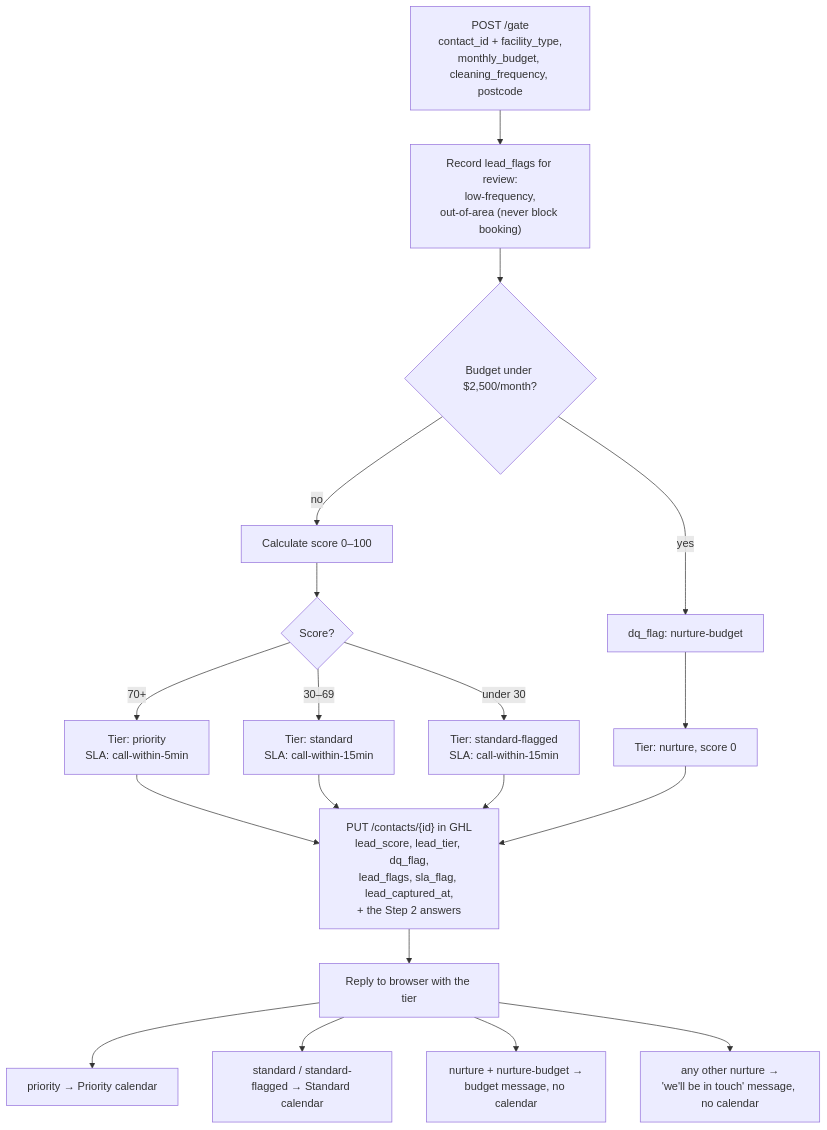
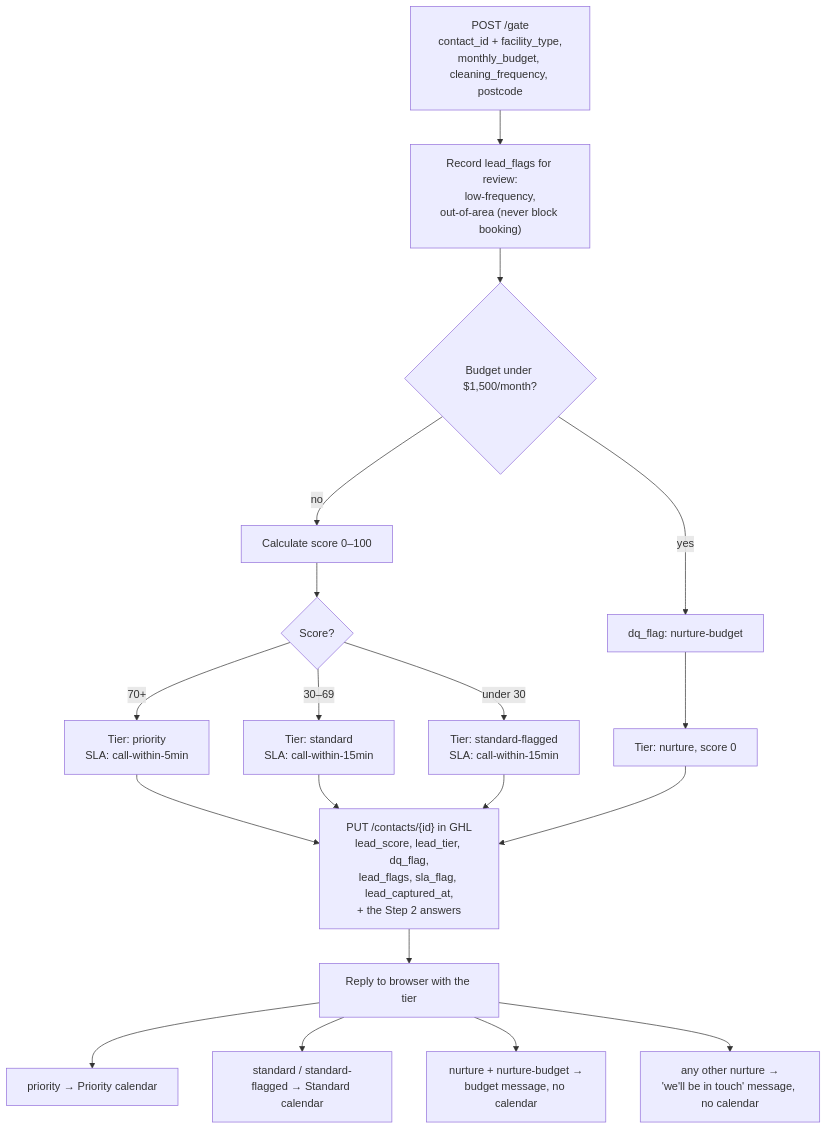
The fifth of 11 diagrams in docs/WORKER.md (VantagePointFacilityServices/vpfs-website), drawn with Mermaid before and after one commit. The commit also changed other lines of this file and 8 other files, not shown here.

````diff
--- a/docs/WORKER.md
+++ b/docs/WORKER.md
@@ -322,22 +322,22 @@
 ```mermaid
 flowchart TD
     IN["POST /gate<br/>contact_id + facility_type,<br/>monthly_budget, cleaning_frequency, postcode"]
     IN --> FL["Record lead_flags for review:<br/>low-frequency,<br/>out-of-area (never block booking)"]
-    FL --> D1{"Budget under $2,500/month?"}
+    FL --> D1{"Budget under $1,500/month?"}
     D1 -- yes --> N1["dq_flag: nurture-budget"]
     D1 -- no --> SC["Calculate score 0–100"]
 
     N1 --> NUR["Tier: nurture, score 0"]
     SC --> T{"Score?"}
     T -- "70+" --> PR["Tier: priority<br/>SLA: call-within-5min"]
     T -- "30–69" --> ST["Tier: standard<br/>SLA: call-within-15min"]
     T -- "under 30" --> SF["Tier: standard-flagged<br/>SLA: call-within-15min"]
 
     PR & ST & SF & NUR --> WB["PUT /contacts/{id} in GHL<br/>lead_score, lead_tier, dq_flag,<br/>lead_flags, sla_flag, lead_captured_at,<br/>+ the Step 2 answers"]
     WB --> OUT["Reply to browser with the tier"]
 
     OUT --> C1["priority → Priority calendar"]
     OUT --> C2["standard / standard-flagged → Standard calendar"]
     OUT --> C3["nurture + nurture-budget →<br/>budget message, no calendar"]
     OUT --> C4["any other nurture →<br/>'we'll be in touch' message, no calendar"]
 ```
````
